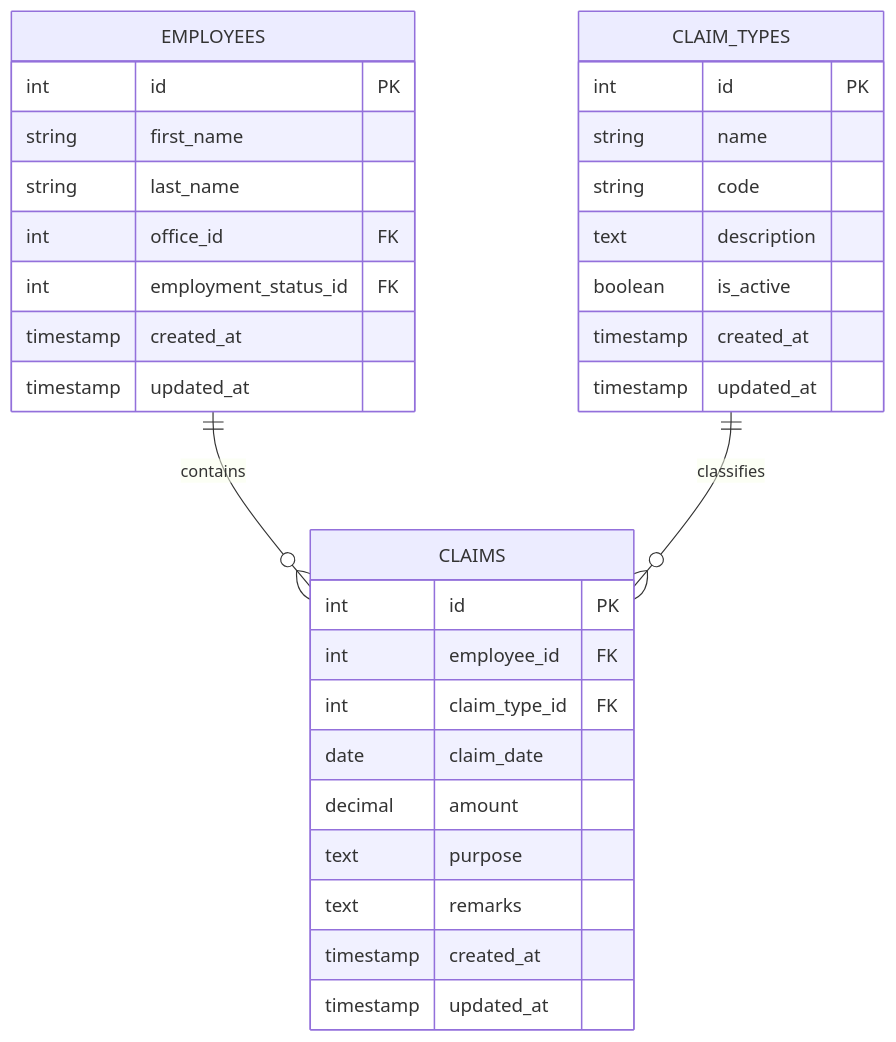
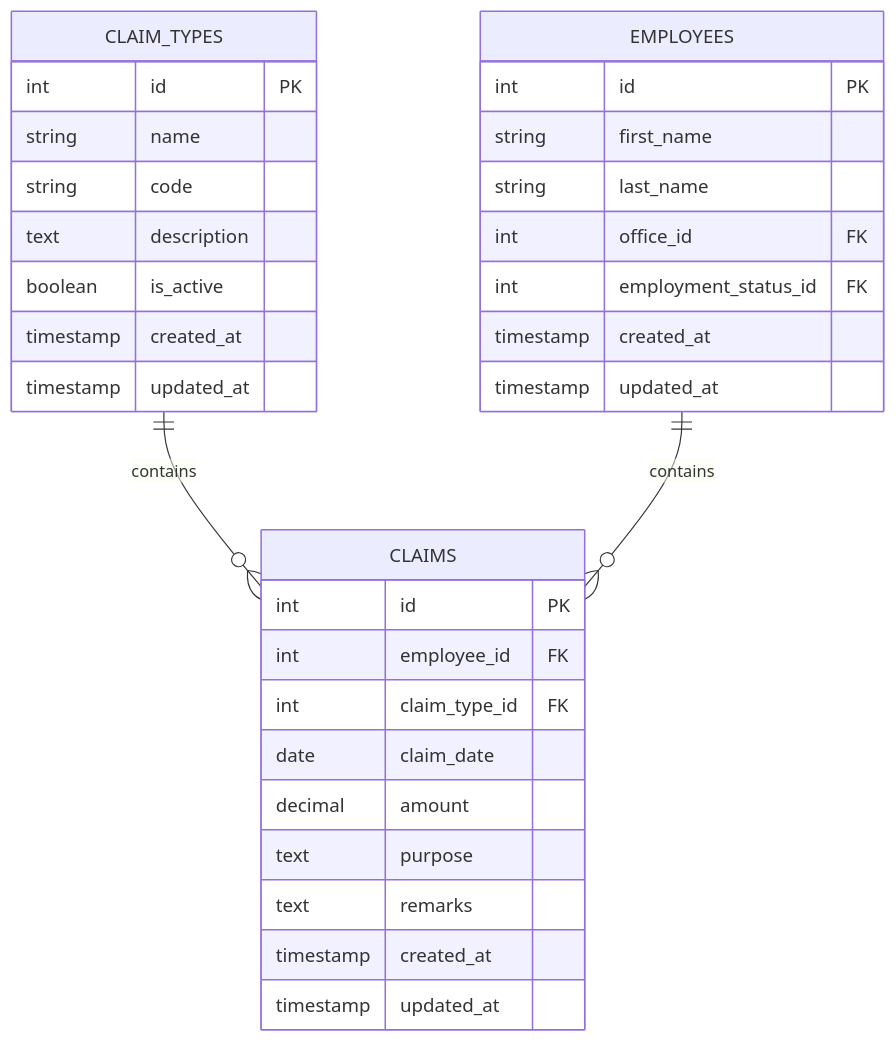
One commit to vincet0t15/template changed the sixth of 6 diagrams in .qoder/repowiki/en/content/Employee Management/Employee Claims Management.md. Above: the diagram before and after it, drawn with Mermaid. The commit also changed other lines of this file and 11 other files, not shown here.

````diff
--- a/.qoder/repowiki/en/content/Employee Management/Employee Claims Management.md
+++ b/.qoder/repowiki/en/content/Employee Management/Employee Claims Management.md
@@ -321,34 +415,34 @@
 ```mermaid
 erDiagram
+CLAIM_TYPES ||--o{ CLAIMS : contains
 EMPLOYEES ||--o{ CLAIMS : contains
-CLAIM_TYPES ||--o{ CLAIMS : classifies
-EMPLOYEES {
+CLAIM_TYPES {
 int id PK
-string first_name
-string last_name
-int office_id FK
-int employment_status_id FK
+string name
+string code
+text description
+boolean is_active
 timestamp created_at
 timestamp updated_at
 }
 CLAIMS {
 int id PK
 int employee_id FK
 int claim_type_id FK
 date claim_date
 decimal amount
 text purpose
 text remarks
 timestamp created_at
 timestamp updated_at
 }
-CLAIM_TYPES {
+EMPLOYEES {
 int id PK
-string name
-string code
-text description
-boolean is_active
+string first_name
+string last_name
+int office_id FK
+int employment_status_id FK
 timestamp created_at
 timestamp updated_at
 }
 ```
````
